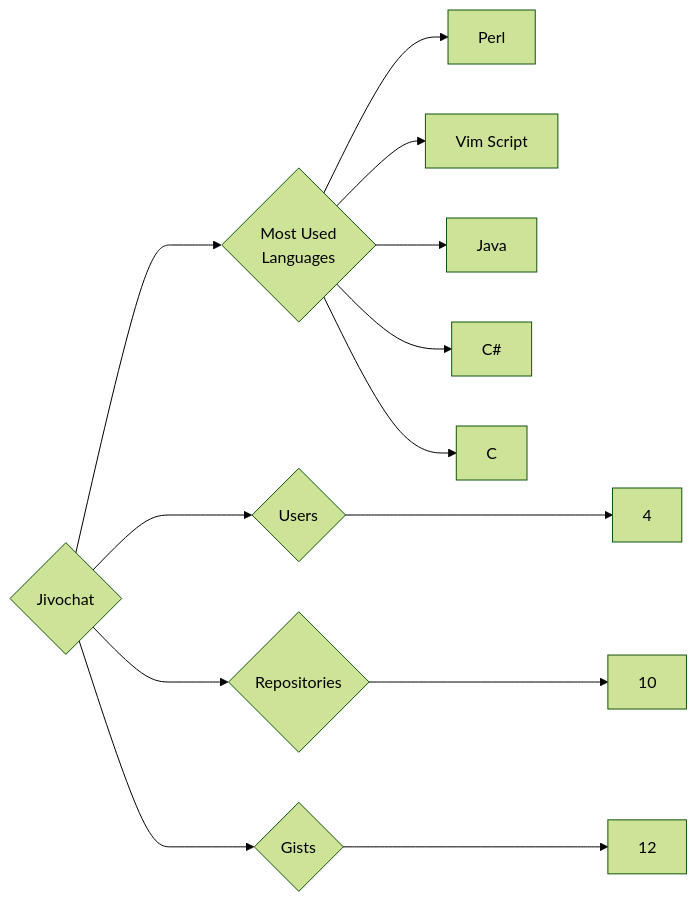
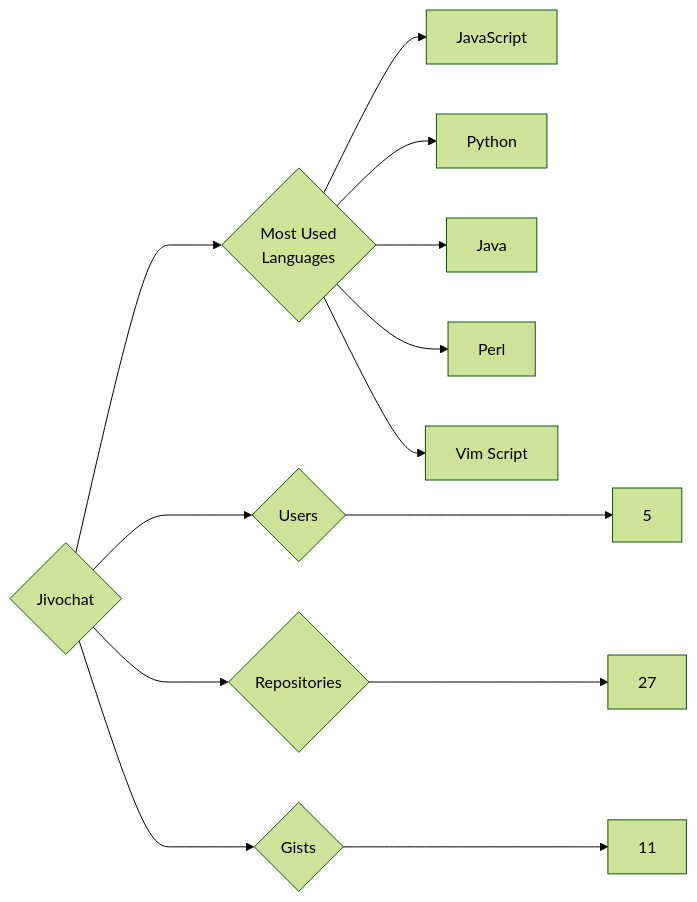
Before and after one commit to trickest/insiders: the diagram in targets/Jivochat/README.md, drawn with Mermaid (forest theme). The commit also changed 693 other files, not shown here.

````diff
--- a/targets/Jivochat/README.md
+++ b/targets/Jivochat/README.md
@@ -3,13 +3,13 @@
 ```mermaid
 graph LR
 COMPANY_NAME{Jivochat}
-COMPANY_NAME ---> U{Users} ---> UN[4]
-COMPANY_NAME ---> R{Repositories} ---> RN[10]
-COMPANY_NAME ---> G{Gists} ---> GN[12]
+COMPANY_NAME ---> U{Users} ---> UN[5]
+COMPANY_NAME ---> R{Repositories} ---> RN[27]
+COMPANY_NAME ---> G{Gists} ---> GN[11]
 COMPANY_NAME ---> ML{Most Used<br>Languages}
+ML --> JavaScript[JavaScript]
+ML --> Python[Python]
+ML --> Java[Java]
 ML --> Perl[Perl]
 ML --> Vim_Script[Vim Script]
-ML --> Java[Java]
-ML --> C#[C#]
-ML --> C[C]
 ```
````
